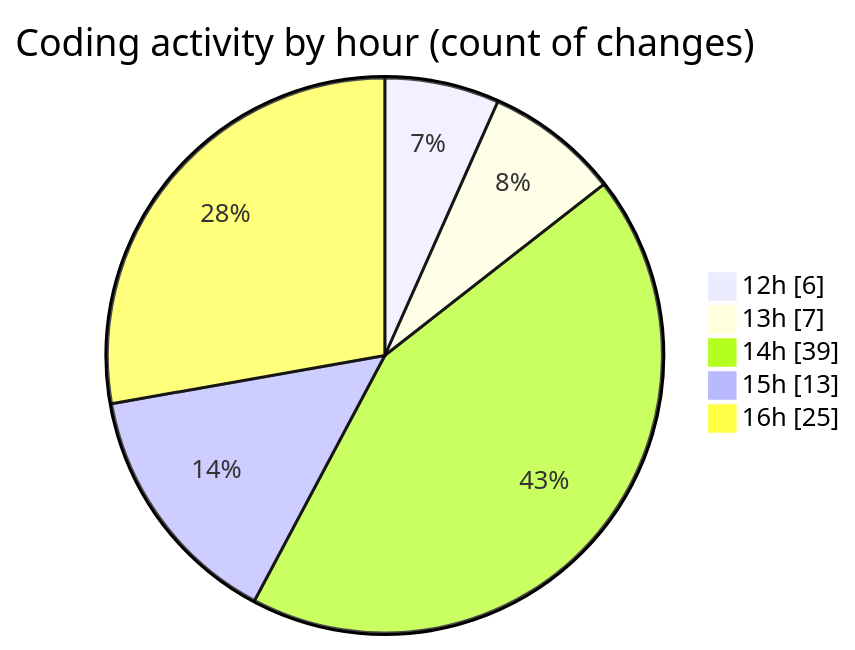
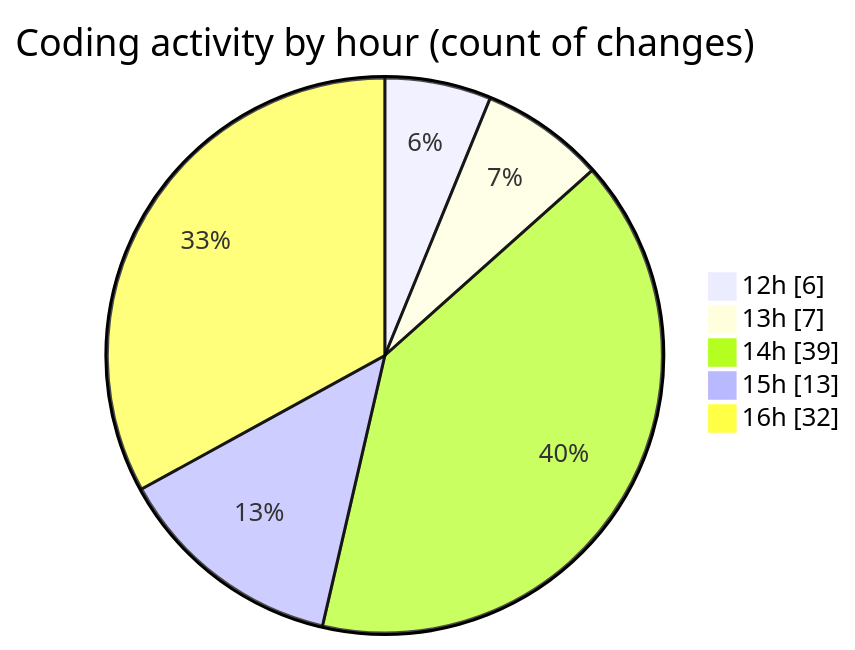
The second of 2 diagrams in 2025-05-26/nxtqube_webapp/README.md (nxtqubesakshisongat/code-tracking), drawn with Mermaid before and after one commit. The commit also changed other lines of this file and 1 other file, not shown here.

````diff
--- a/2025-05-26/nxtqube_webapp/README.md
+++ b/2025-05-26/nxtqube_webapp/README.md
@@ -30,9 +30,9 @@
 ```mermaid
 pie showData
 title Coding activity by hour (count of changes)
 "12h" : 6
 "13h" : 7
 "14h" : 39
 "15h" : 13
-"16h" : 25
+"16h" : 32
 ```
````
